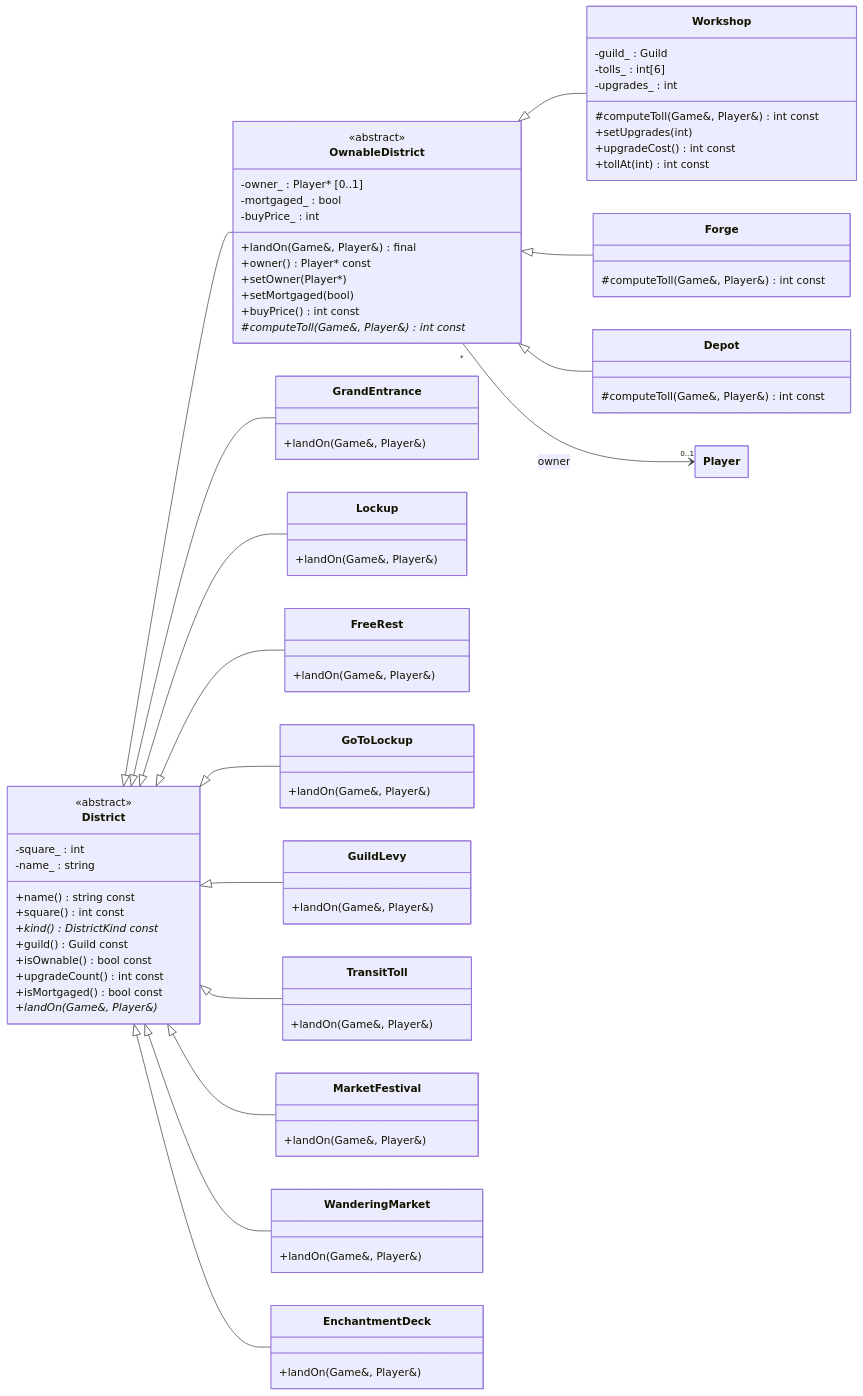
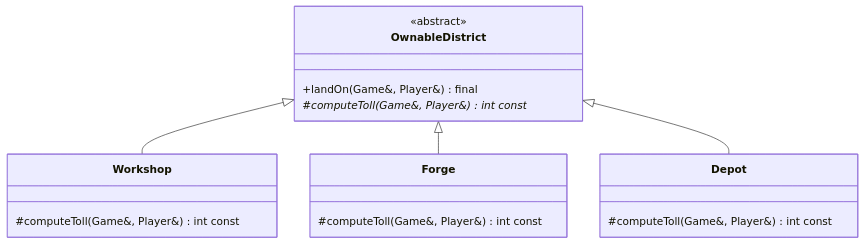
The fourth of 8 diagrams in uml.md (jasmehar-k/hungry-hungry-capitalists), drawn with Mermaid before and after one commit. The commit also changed other lines of this file and 9 other files, not shown here.

Commit message:
align uml and design pattern section with the report requirements

````diff
--- a/uml.md
+++ b/uml.md
@@ -201,75 +596,28 @@
 ```mermaid
 ---
 config:
   class:
     hideEmptyMembersBox: true
 ---
 classDiagram
-    direction LR
+    direction TB
 
-    class District {
-        <<abstract>>
-        +name() string const
-        +square() int const
-        +kind() DistrictKind const*
-        +guild() Guild const
-        +isOwnable() bool const
-        +upgradeCount() int const
-        +isMortgaged() bool const
-        +landOn(Game&, Player&)*
-        -square_ : int
-        -name_ : string
-    }
     class OwnableDistrict {
         <<abstract>>
         +landOn(Game&, Player&) final
-        +owner() Player* const
-        +setOwner(Player*)
-        +setMortgaged(bool)
-        +buyPrice() int const
         #computeToll(Game&, Player&) int const*
-        -owner_ : Player* [0..1]
-        -mortgaged_ : bool
-        -buyPrice_ : int
     }
     class Workshop {
         #computeToll(Game&, Player&) int const
-        +setUpgrades(int)
-        +upgradeCost() int const
-        +tollAt(int) int const
-        -guild_ : Guild
-        -tolls_ : int[6]
-        -upgrades_ : int
     }
     class Forge {
         #computeToll(Game&, Player&) int const
     }
     class Depot {
         #computeToll(Game&, Player&) int const
     }
-    class GrandEntrance { +landOn(Game&, Player&) }
-    class Lockup { +landOn(Game&, Player&) }
-    class FreeRest { +landOn(Game&, Player&) }
-    class GoToLockup { +landOn(Game&, Player&) }
-    class GuildLevy { +landOn(Game&, Player&) }
-    class TransitToll { +landOn(Game&, Player&) }
-    class MarketFestival { +landOn(Game&, Player&) }
-    class WanderingMarket { +landOn(Game&, Player&) }
-    class EnchantmentDeck { +landOn(Game&, Player&) }
 
-    District <|-- OwnableDistrict
     OwnableDistrict <|-- Workshop
     OwnableDistrict <|-- Forge
     OwnableDistrict <|-- Depot
-    District <|-- GrandEntrance
-    District <|-- Lockup
-    District <|-- FreeRest
-    District <|-- GoToLockup
-    District <|-- GuildLevy
-    District <|-- TransitToll
-    District <|-- MarketFestival
-    District <|-- WanderingMarket
-    District <|-- EnchantmentDeck
-
-    OwnableDistrict "*" --> "0..1" Player : owner
 ```
````
